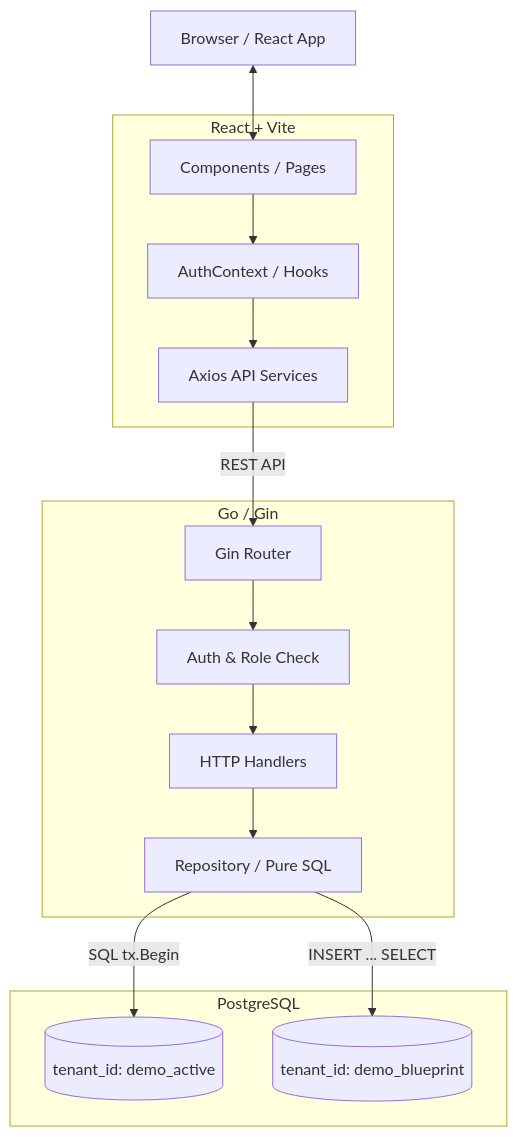
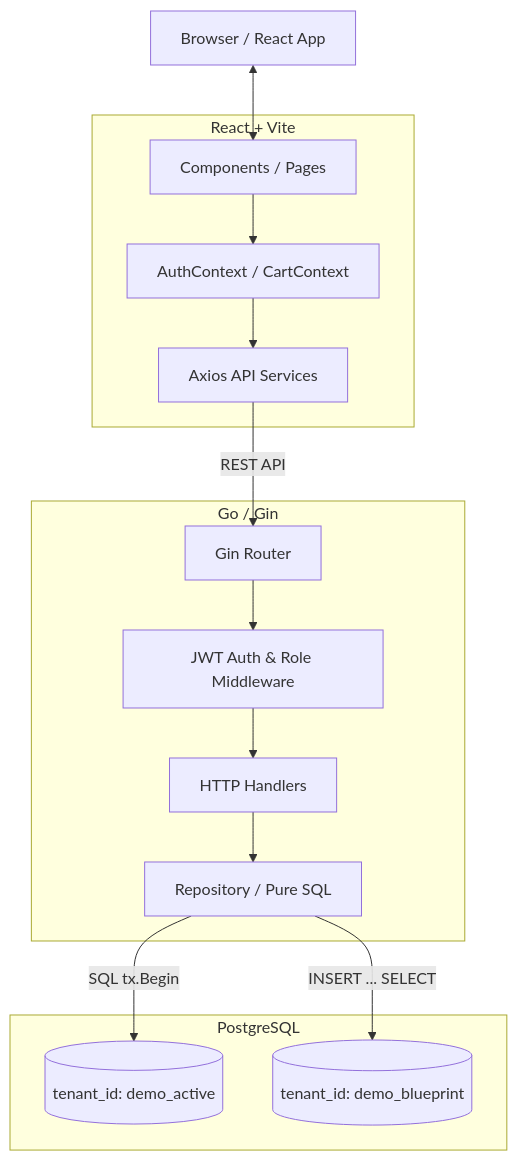
One commit to melihboyaci/BookMarketWGoldenState changed the diagram in README.md. Above: the diagram before and after it, drawn with Mermaid. The commit also changed other lines of this file, not shown here.

````diff
--- a/README.md
+++ b/README.md
@@ -42,32 +43,32 @@
 ```mermaid
 graph TD
     Client[Browser / React App]
     
     subgraph Frontend [React + Vite]
         UI[Components / Pages]
-        State[AuthContext / Hooks]
+        State[AuthContext / CartContext]
         API_Layer[Axios API Services]
     end
 
     subgraph Backend [Go / Gin]
         Router[Gin Router]
-        Middleware[Auth & Role Check]
+        Middleware[JWT Auth & Role Middleware]
         Handlers[HTTP Handlers]
         Repo[Repository / Pure SQL]
     end
 
     subgraph Database [PostgreSQL]
         ActiveData[(tenant_id: demo_active)]
         BlueprintData[(tenant_id: demo_blueprint)]
     end
 
     Client <--> UI
     UI --> State
     State --> API_Layer
     API_Layer -- REST API --> Router
     Router --> Middleware
     Middleware --> Handlers
     Handlers --> Repo
     Repo -- SQL tx.Begin --> ActiveData
     Repo -- INSERT ... SELECT --> BlueprintData
 ```
````
